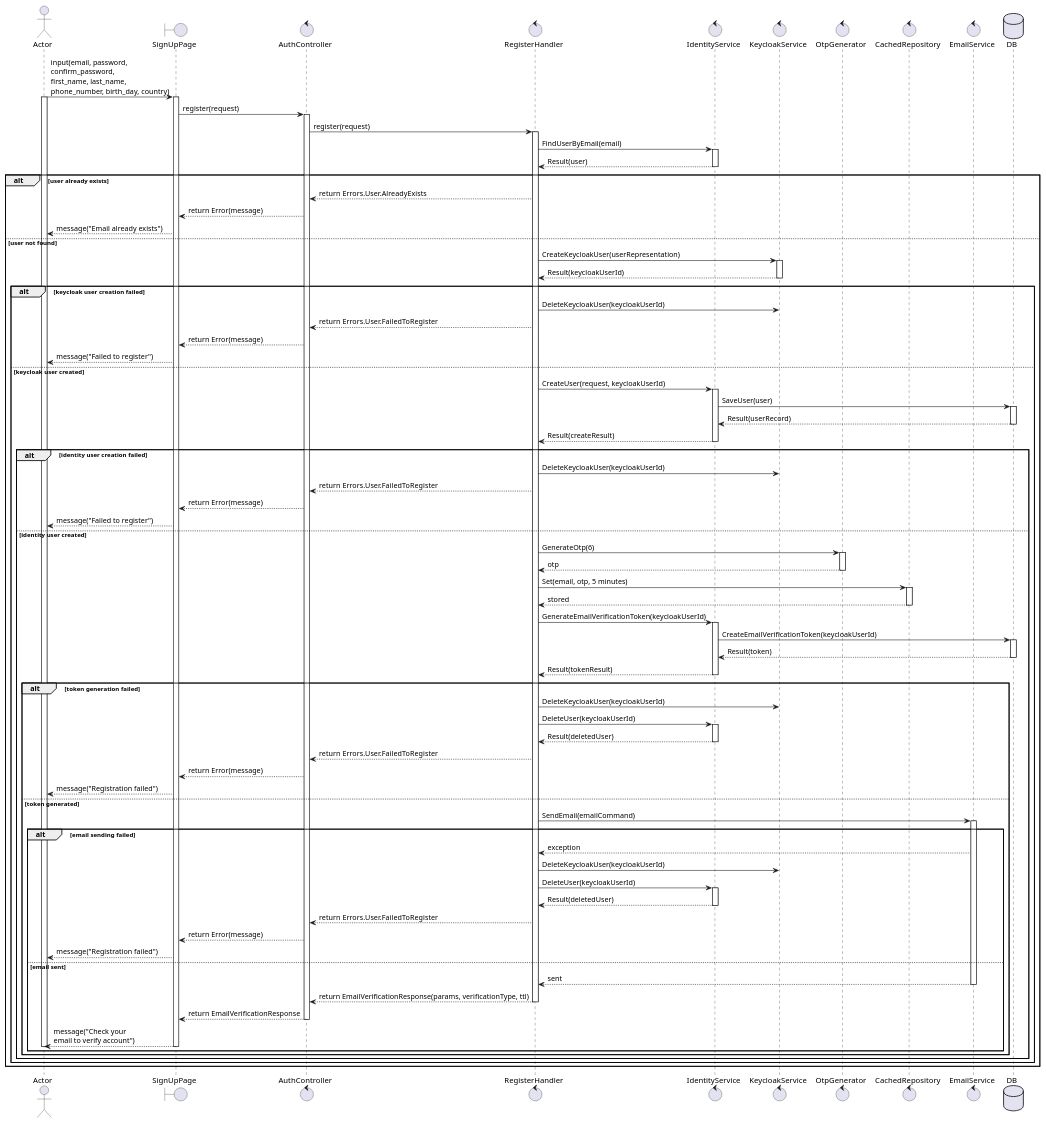
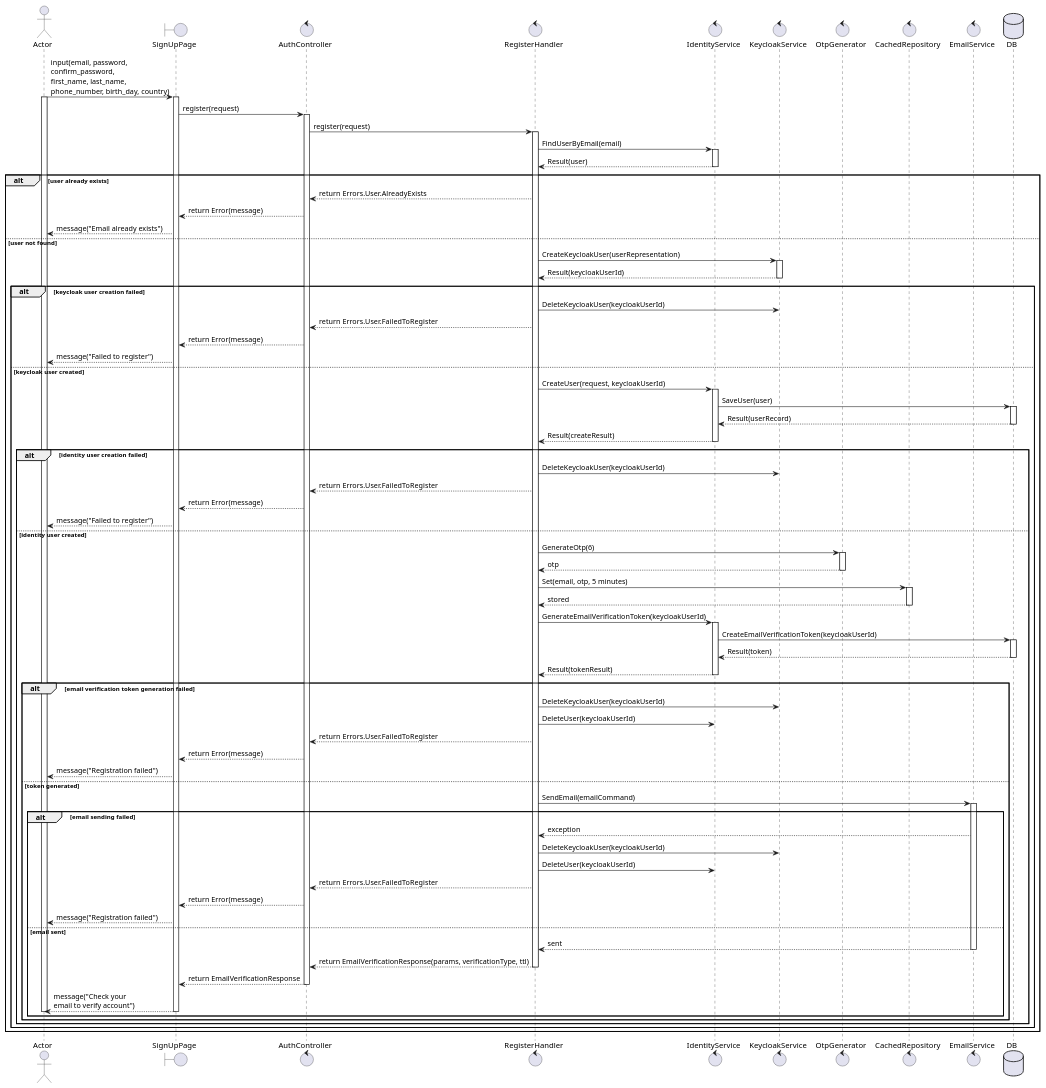
Before and after one commit to Young-Z-Generation-YZG/your-comfort-my-apple: the diagram in docs/usecases/UC1_register.plantuml, drawn with PlantUML. The commit also changed 3 other files, not shown here.

Commit message:
docs: usecase diagram

```diff
--- a/docs/usecases/UC1_register.plantuml
+++ b/docs/usecases/UC1_register.plantuml
@@ -1,107 +1,101 @@
 @startuml UC1_Register
 actor Actor
 boundary SignUpPage
 control AuthController
 control RegisterHandler
 control IdentityService
 control KeycloakService
 control OtpGenerator
 control CachedRepository
 control EmailService
 database DB
 
 Actor -> SignUpPage: input(email, password, \nconfirm_password, \nfirst_name, last_name, \nphone_number, birth_day, country)
 activate Actor
 activate SignUpPage
 SignUpPage -> AuthController: register(request)
 activate AuthController
 AuthController -> RegisterHandler: register(request)
 activate RegisterHandler
 RegisterHandler -> IdentityService: FindUserByEmail(email)
 activate IdentityService
 IdentityService --> RegisterHandler: Result(user)
 deactivate IdentityService
 alt user already exists
     RegisterHandler --> AuthController: return Errors.User.AlreadyExists
     AuthController --> SignUpPage: return Error(message)
     SignUpPage --> Actor: message("Email already exists")
 else user not found
     RegisterHandler -> KeycloakService: CreateKeycloakUser(userRepresentation)
     activate KeycloakService
     KeycloakService --> RegisterHandler: Result(keycloakUserId)
     deactivate KeycloakService
     alt keycloak user creation failed
         RegisterHandler -> KeycloakService: DeleteKeycloakUser(keycloakUserId)
         RegisterHandler --> AuthController: return Errors.User.FailedToRegister
         AuthController --> SignUpPage: return Error(message)
         SignUpPage --> Actor: message("Failed to register")
     else keycloak user created
         RegisterHandler -> IdentityService: CreateUser(request, keycloakUserId)
         activate IdentityService
         IdentityService -> DB: SaveUser(user)
         activate DB
         DB --> IdentityService: Result(userRecord)
         deactivate DB
         IdentityService --> RegisterHandler: Result(createResult)
         deactivate IdentityService
         alt identity user creation failed
             RegisterHandler -> KeycloakService: DeleteKeycloakUser(keycloakUserId)
             RegisterHandler --> AuthController: return Errors.User.FailedToRegister
             AuthController --> SignUpPage: return Error(message)
             SignUpPage --> Actor: message("Failed to register")
         else identity user created
             RegisterHandler -> OtpGenerator: GenerateOtp(6)
             activate OtpGenerator
             OtpGenerator --> RegisterHandler: otp
             deactivate OtpGenerator
             RegisterHandler -> CachedRepository: Set(email, otp, 5 minutes)
             activate CachedRepository
             CachedRepository --> RegisterHandler: stored
             deactivate CachedRepository
             RegisterHandler -> IdentityService: GenerateEmailVerificationToken(keycloakUserId)
             activate IdentityService
             IdentityService -> DB: CreateEmailVerificationToken(keycloakUserId)
             activate DB
             DB --> IdentityService: Result(token)
             deactivate DB
             IdentityService --> RegisterHandler: Result(tokenResult)
             deactivate IdentityService
-            alt token generation failed
+            alt email verification token generation failed
                 RegisterHandler -> KeycloakService: DeleteKeycloakUser(keycloakUserId)
                 RegisterHandler -> IdentityService: DeleteUser(keycloakUserId)
-                activate IdentityService
-                IdentityService --> RegisterHandler: Result(deletedUser)
-                deactivate IdentityService
                 RegisterHandler --> AuthController: return Errors.User.FailedToRegister
                 AuthController --> SignUpPage: return Error(message)
                 SignUpPage --> Actor: message("Registration failed")
             else token generated
                 RegisterHandler -> EmailService: SendEmail(emailCommand)
                 activate EmailService
                 alt email sending failed
                     EmailService --> RegisterHandler: exception
                     RegisterHandler -> KeycloakService: DeleteKeycloakUser(keycloakUserId)
                     RegisterHandler -> IdentityService: DeleteUser(keycloakUserId)
-                    activate IdentityService
-                    IdentityService --> RegisterHandler: Result(deletedUser)
-                    deactivate IdentityService
                     RegisterHandler --> AuthController: return Errors.User.FailedToRegister
                     AuthController --> SignUpPage: return Error(message)
                     SignUpPage --> Actor: message("Registration failed")
                 else email sent
                     EmailService --> RegisterHandler: sent
                     deactivate EmailService
                     RegisterHandler --> AuthController: return EmailVerificationResponse(params, verificationType, ttl)
                     deactivate RegisterHandler
                     AuthController --> SignUpPage: return EmailVerificationResponse
                     deactivate AuthController
                     SignUpPage --> Actor: message("Check your \nemail to verify account")
                     deactivate SignUpPage
                     deactivate Actor
                 end
             end
         end
     end
 end
 
 @enduml
```
